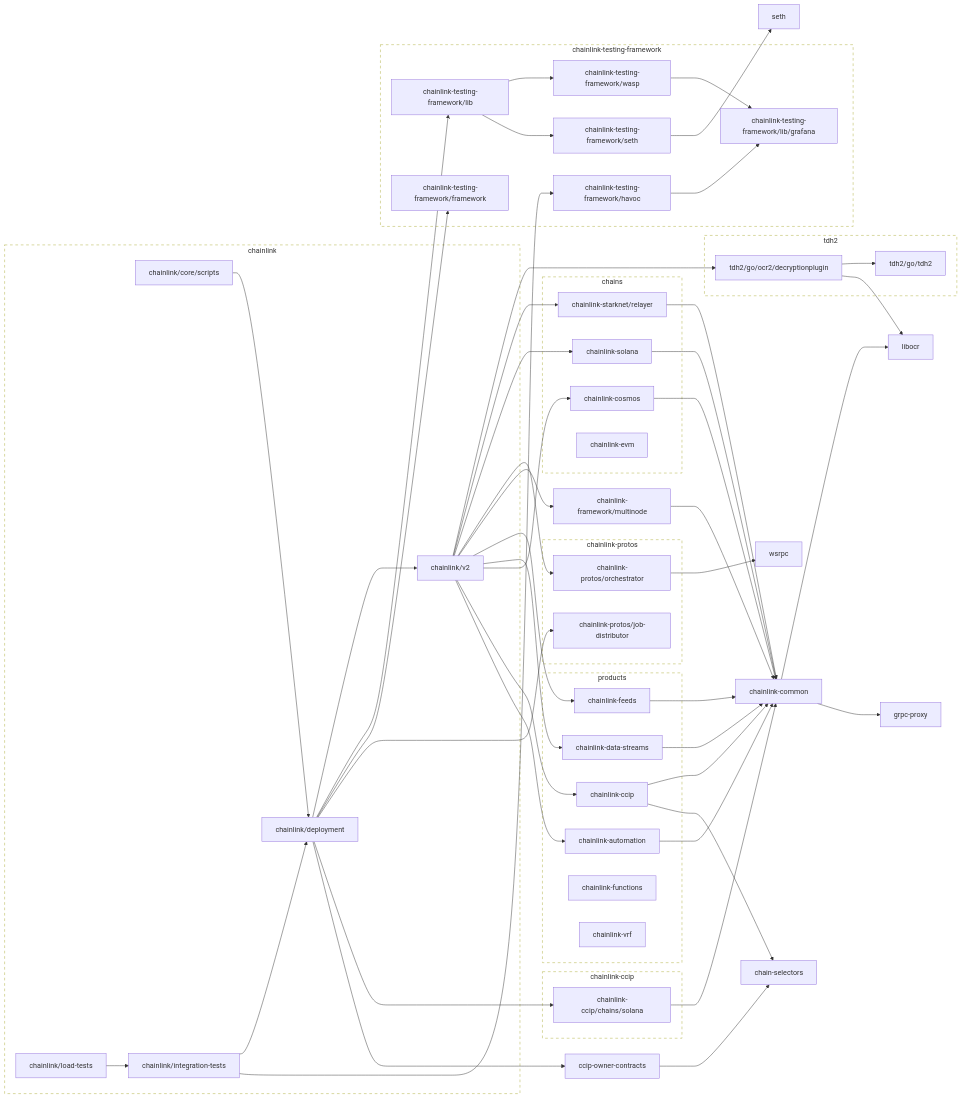
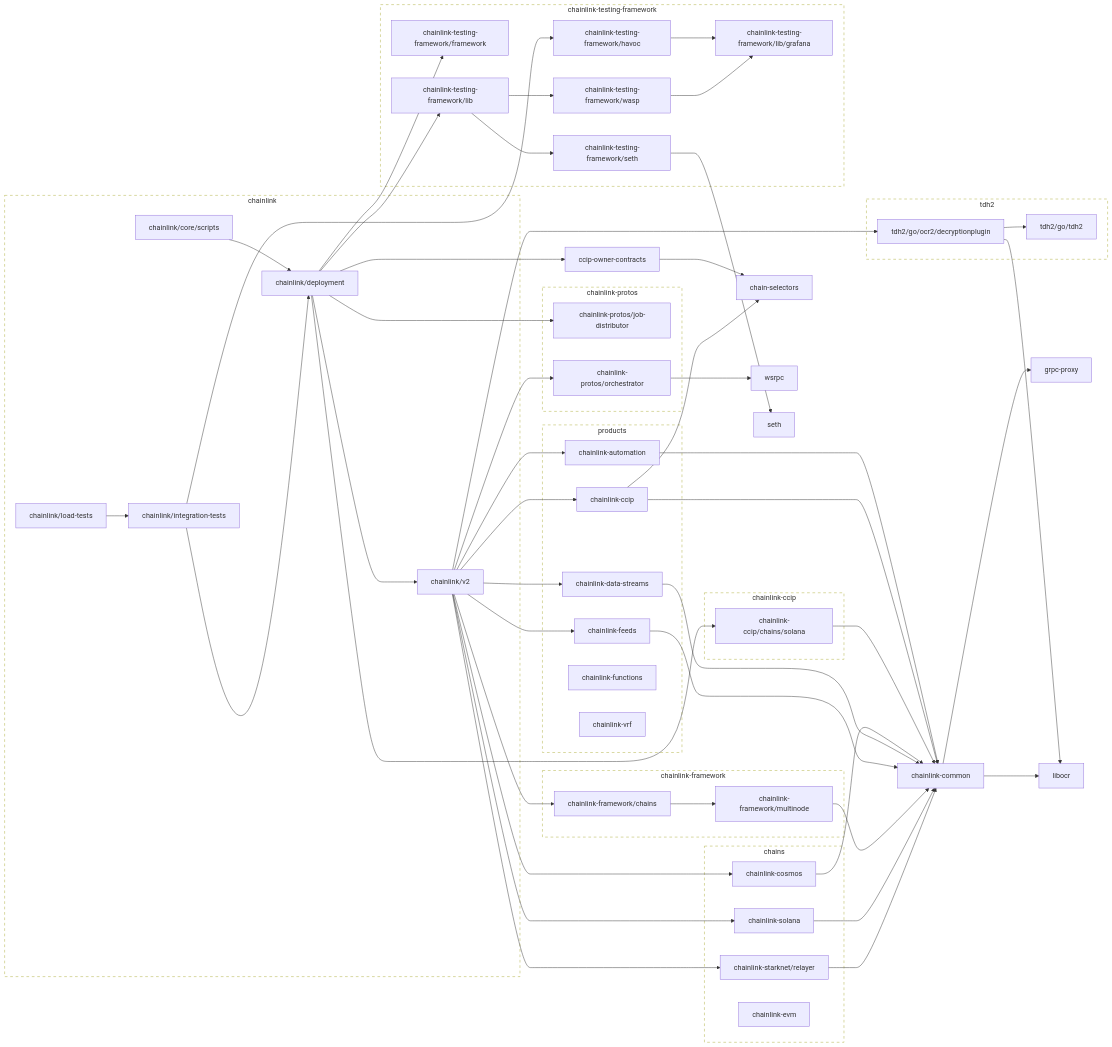
Before and after one commit to protofire/chainlink: the second of 2 diagrams in go.md, drawn with Mermaid. The commit also changed other lines of this file and 126 other files, not shown here.

First line of the commit message:
Start using chainlink-framework/chains instead of  chainlink/common. (#15972)

````diff
--- a/go.md
+++ b/go.md
@@ -119,6 +127,8 @@
 	click chainlink-data-streams href "https://github.com/smartcontractkit/chainlink-data-streams"
 	chainlink-feeds --> chainlink-common
 	click chainlink-feeds href "https://github.com/smartcontractkit/chainlink-feeds"
+	chainlink-framework/chains --> chainlink-framework/multinode
+	click chainlink-framework/chains href "https://github.com/smartcontractkit/chainlink-framework"
 	chainlink-framework/multinode --> chainlink-common
 	click chainlink-framework/multinode href "https://github.com/smartcontractkit/chainlink-framework"
 	chainlink-protos/job-distributor
@@ -161,7 +171,7 @@
 	chainlink/v2 --> chainlink-cosmos
 	chainlink/v2 --> chainlink-data-streams
 	chainlink/v2 --> chainlink-feeds
-	chainlink/v2 --> chainlink-framework/multinode
+	chainlink/v2 --> chainlink-framework/chains
 	chainlink/v2 --> chainlink-protos/orchestrator
 	chainlink/v2 --> chainlink-solana
 	chainlink/v2 --> chainlink-starknet/relayer
@@ -196,6 +206,12 @@
 	end
 	click chainlink-ccip-repo href "https://github.com/smartcontractkit/chainlink-ccip"
 
+	subgraph chainlink-framework-repo[chainlink-framework]
+		 chainlink-framework/chains
+		 chainlink-framework/multinode
+	end
+	click chainlink-framework-repo href "https://github.com/smartcontractkit/chainlink-framework"
+
 	subgraph chainlink-protos-repo[chainlink-protos]
 		 chainlink-protos/job-distributor
 		 chainlink-protos/orchestrator
@@ -219,5 +235,5 @@
 	click tdh2-repo href "https://github.com/smartcontractkit/tdh2"
 
 	classDef outline stroke-dasharray:6,fill:none;
-	class chainlink-repo,chainlink-ccip-repo,chainlink-protos-repo,chainlink-testing-framework-repo,tdh2-repo outline
+	class chainlink-repo,chainlink-ccip-repo,chainlink-framework-repo,chainlink-protos-repo,chainlink-testing-framework-repo,tdh2-repo outline
 ```
````
